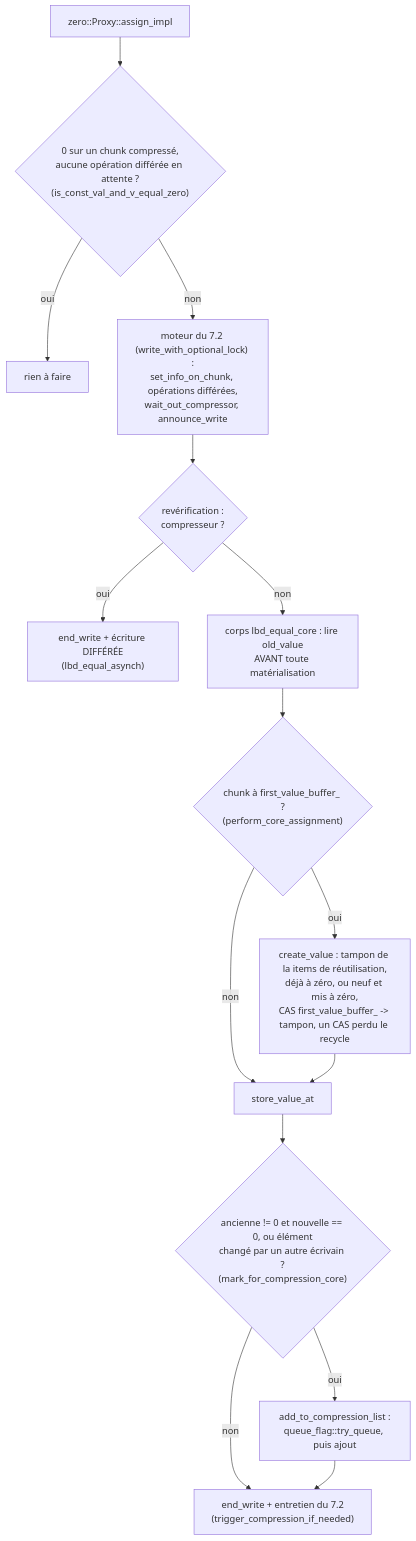
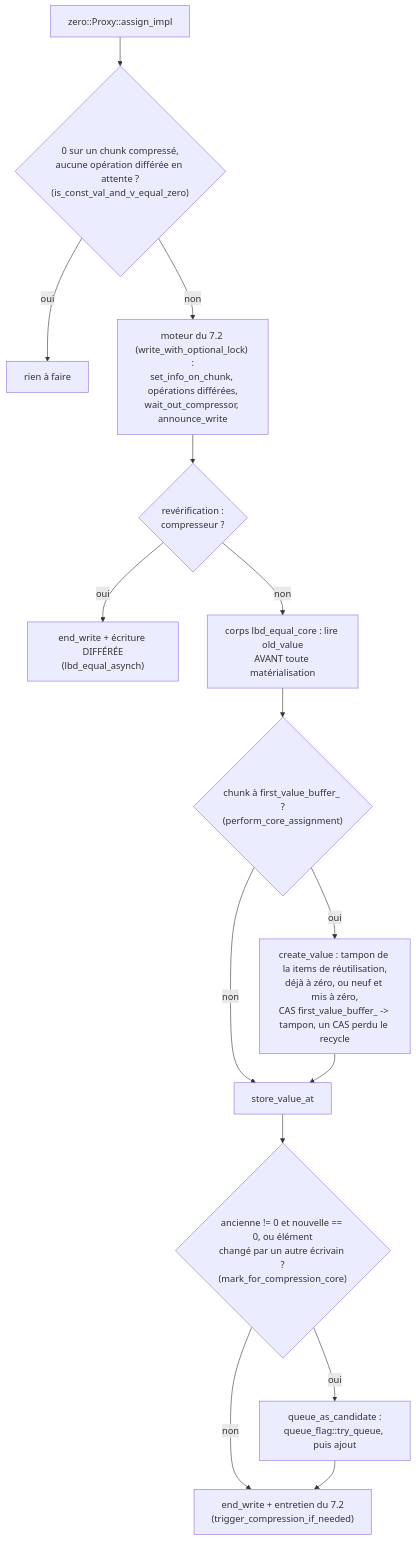
The first of 2 diagrams in docs/algo_zero_fr.md (cea-hpc/shrink-array), drawn with Mermaid before and after one commit. The commit also changed other lines of this file and 71 other files, not shown here.

````diff
--- a/docs/algo_zero_fr.md
+++ b/docs/algo_zero_fr.md
@@ -60,17 +60,17 @@
 ```mermaid
 flowchart TD
     A["zero::Proxy::assign_impl"] --> B{"0 sur un chunk compressé,<br/>aucune opération différée en attente ?<br/>(is_const_val_and_v_equal_zero)"}
     B -->|oui| B1["rien à faire"]
     B -->|non| C["moteur du 7.2 (write_with_optional_lock) :<br/>set_info_on_chunk, opérations différées,<br/>wait_out_compressor, announce_write"]
     C --> D{"revérification :<br/>compresseur ?"}
     D -->|oui| D1["end_write + écriture DIFFÉRÉE<br/>(lbd_equal_asynch)"]
     D -->|non| E["corps lbd_equal_core : lire old_value<br/>AVANT toute matérialisation"]
     E --> F{"chunk à first_value_buffer_ ?<br/>(perform_core_assignment)"}
     F -->|oui| G["create_value : tampon de la items de réutilisation,<br/>déjà à zéro, ou neuf et mis à zéro,<br/>CAS first_value_buffer_ -> tampon, un CAS perdu le recycle"]
     F -->|non| H
     G --> H["store_value_at"]
     H --> I{"ancienne != 0 et nouvelle == 0, ou élément<br/>changé par un autre écrivain ?<br/>(mark_for_compression_core)"}
-    I -->|oui| J["add_to_compression_list :<br/>queue_flag::try_queue, puis ajout"]
+    I -->|oui| J["queue_as_candidate :<br/>queue_flag::try_queue, puis ajout"]
     I -->|non| K
     J --> K["end_write + entretien du 7.2<br/>(trigger_compression_if_needed)"]
 ```
````
